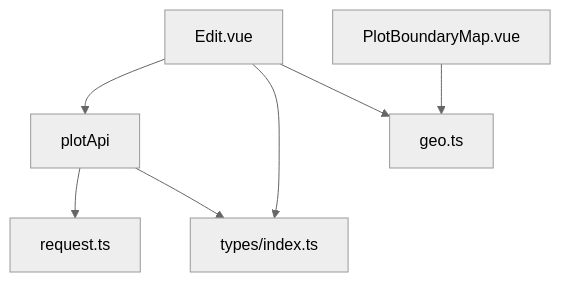
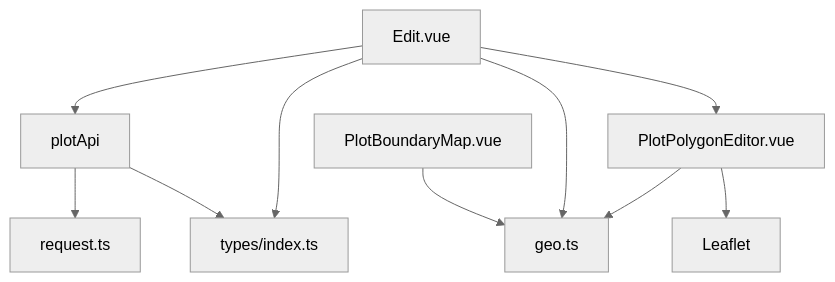
One commit to q446328246/agri-platform changed the eighth of 8 diagrams in .qoder/repowiki/zh/content/前端应用文档/核心页面/地块管理页面/地块编辑页面.md. Above: the diagram before and after it, drawn with Mermaid (neutral theme). The commit also changed other lines of this file and 110 other files, not shown here.

````diff
--- a/.qoder/repowiki/zh/content/前端应用文档/核心页面/地块管理页面/地块编辑页面.md
+++ b/.qoder/repowiki/zh/content/前端应用文档/核心页面/地块管理页面/地块编辑页面.md
@@ -370,9 +422,12 @@
 ```mermaid
 graph TB
 Edit["Edit.vue"] --> Api["plotApi"]
 Edit --> Types["types/index.ts"]
 Edit --> Geo["geo.ts"]
+Edit --> PolygonEditor["PlotPolygonEditor.vue"]
+PolygonEditor --> Geo
+PolygonEditor --> L["Leaflet"]
 Map["PlotBoundaryMap.vue"] --> Geo
 Api --> Req["request.ts"]
 Api --> Types
 ```
````
